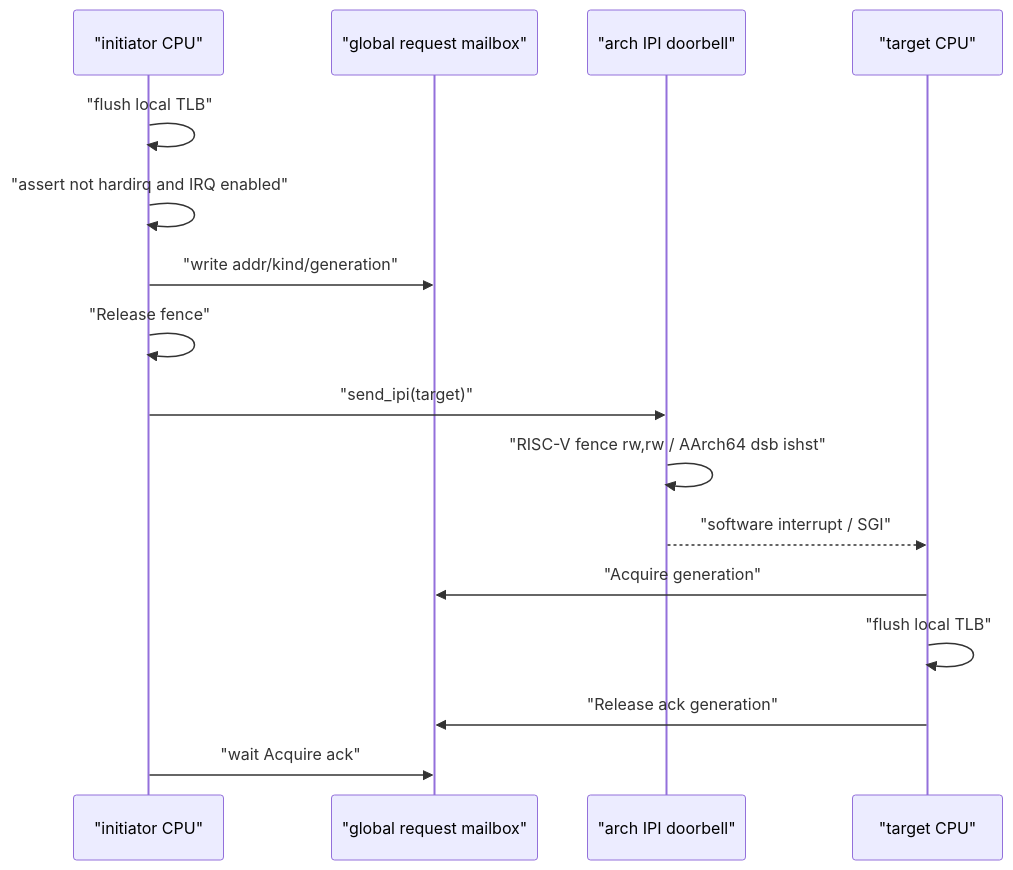
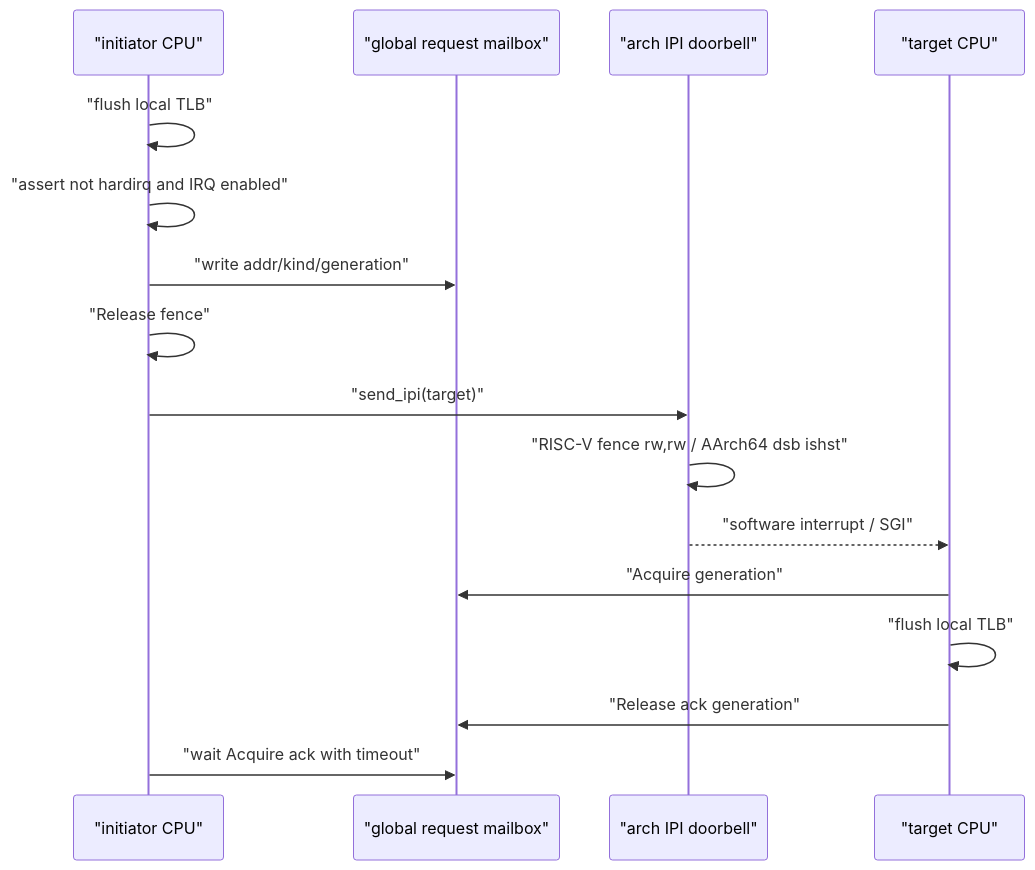
The second of 2 diagrams in docs/design/R4-interrupt-timer-flow.md (MRNIU/SimpleKernel), drawn with Mermaid before and after one commit. The commit also changed other lines of this file and 11 other files, not shown here.

````diff
--- a/docs/design/R4-interrupt-timer-flow.md
+++ b/docs/design/R4-interrupt-timer-flow.md
@@ -46,19 +46,19 @@
 ```mermaid
 sequenceDiagram
     participant Local as "initiator CPU"
     participant Mailbox as "global request mailbox"
     participant Arch as "arch IPI doorbell"
     participant Remote as "target CPU"
 
     Local->>Local: "flush local TLB"
     Local->>Local: "assert not hardirq and IRQ enabled"
     Local->>Mailbox: "write addr/kind/generation"
     Local->>Local: "Release fence"
     Local->>Arch: "send_ipi(target)"
     Arch->>Arch: "RISC-V fence rw,rw / AArch64 dsb ishst"
     Arch-->>Remote: "software interrupt / SGI"
     Remote->>Mailbox: "Acquire generation"
     Remote->>Remote: "flush local TLB"
     Remote->>Mailbox: "Release ack generation"
-    Local->>Mailbox: "wait Acquire ack"
+    Local->>Mailbox: "wait Acquire ack with timeout"
 ```
````
